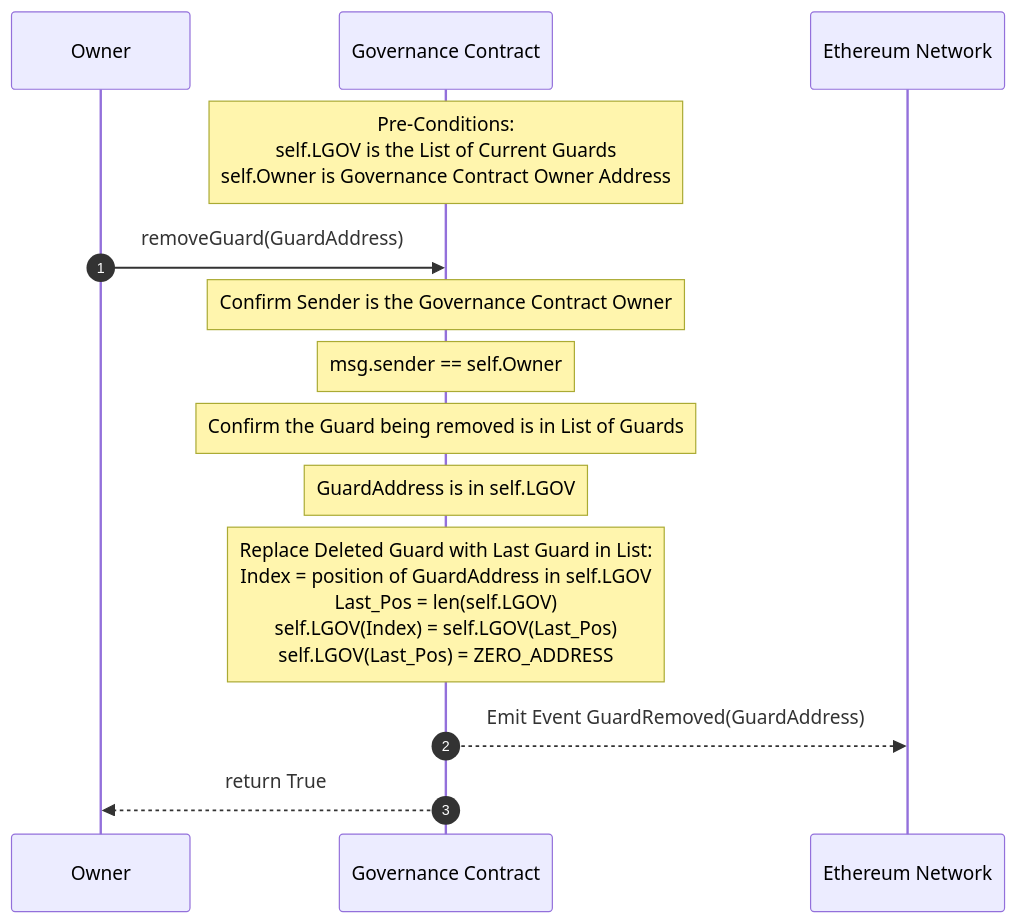
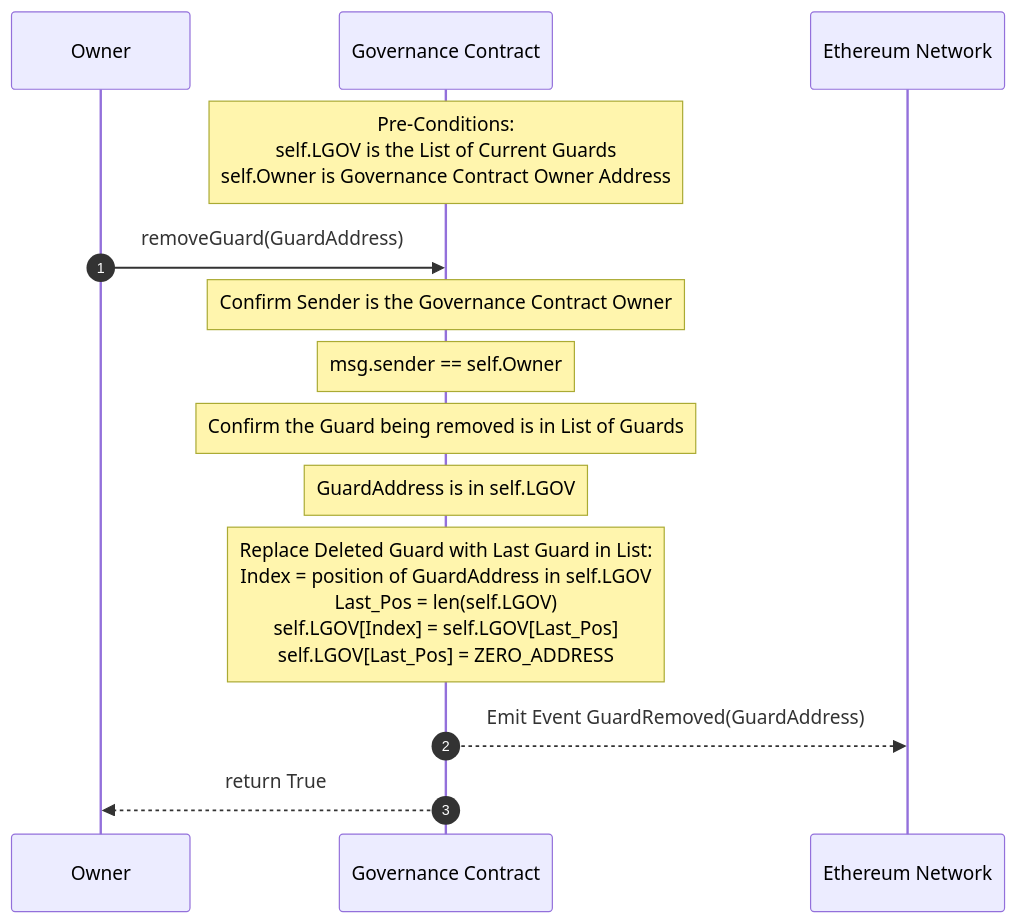
Before and after one commit to DynamoFinance/vault: the seventh of 8 diagrams in docs/Governance.md, drawn with Mermaid. The commit also changed other lines of this file, not shown here.

Commit message:
Reformatting sequence diagrams.

````diff
--- a/docs/Governance.md
+++ b/docs/Governance.md
@@ -289,24 +307,24 @@
 ```mermaid
 sequenceDiagram
 
     participant OG as Owner
     participant C1 as Governance Contract
     participant N as Ethereum Network
     autonumber
 
 
     Note over C1: Pre-Conditions: <br> self.LGOV is the List of Current Guards <br> self.Owner is Governance Contract Owner Address 
     OG->>C1: removeGuard(GuardAddress)
 
     Note over C1: Confirm Sender is the Governance Contract Owner
     Note over C1: msg.sender == self.Owner
     Note over C1: Confirm the Guard being removed is in List of Guards
     Note over C1: GuardAddress is in self.LGOV
 
-    Note over C1: Replace Deleted Guard with Last Guard in List: <br> Index = position of GuardAddress in self.LGOV <br> Last_Pos = len(self.LGOV)<br> self.LGOV(Index) = self.LGOV(Last_Pos) <br> self.LGOV(Last_Pos) = ZERO_ADDRESS
+    Note over C1: Replace Deleted Guard with Last Guard in List: <br> Index = position of GuardAddress in self.LGOV <br> Last_Pos = len(self.LGOV)<br> self.LGOV[Index] = self.LGOV[Last_Pos] <br> self.LGOV[Last_Pos] = ZERO_ADDRESS
     
 
     C1-->>N: Emit Event GuardRemoved(GuardAddress)
 
     C1-->>OG: return True
 ```
````
